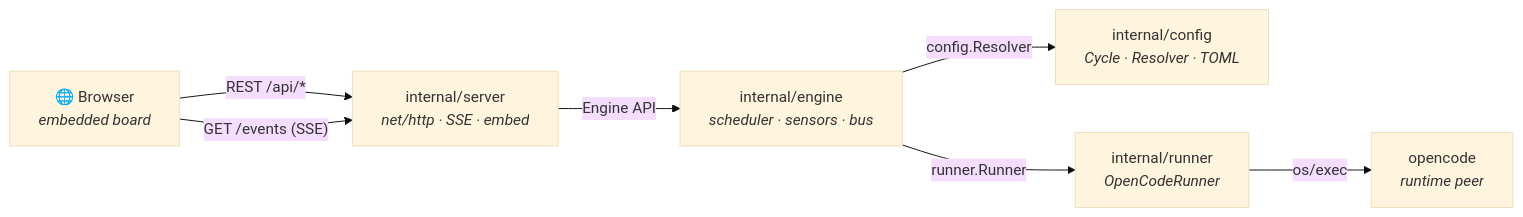
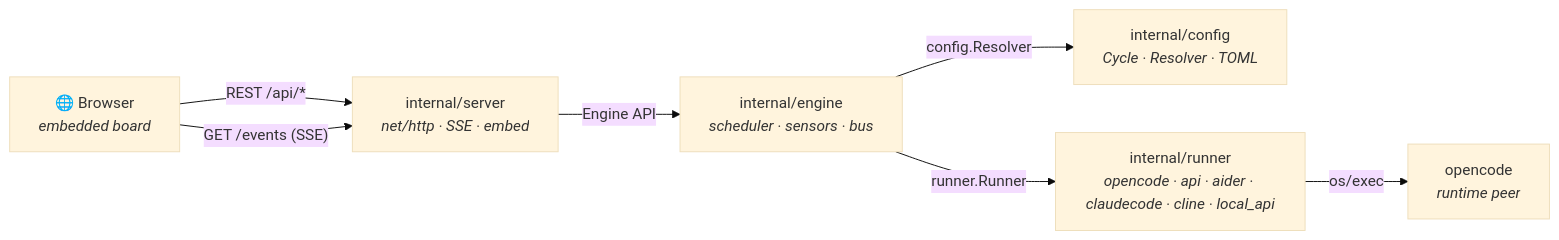
Before and after one commit to danieljustus/symaira-vibecoder: the diagram in README.md, drawn with Mermaid (base theme). The commit also changed other lines of this file, not shown here.

First line of the commit message:
docs: add runner backend and override documentation

````diff
--- a/README.md
+++ b/README.md
@@ -21,16 +21,16 @@
 ```mermaid
 graph LR
     Browser["🌐 Browser<br/><i>embedded board</i>"]
     Server["internal/server<br/><i>net/http · SSE · embed</i>"]
     Engine["internal/engine<br/><i>scheduler · sensors · bus</i>"]
     Config["internal/config<br/><i>Cycle · Resolver · TOML</i>"]
-    Runner["internal/runner<br/><i>OpenCodeRunner</i>"]
+    Runner["internal/runner<br/><i>opencode · api · aider · claudecode · cline · local_api</i>"]
     OpenCode["opencode<br/><i>runtime peer</i>"]
 
     Browser -- "REST /api/*" --> Server
     Browser -- "GET /events (SSE)" --> Server
     Server -- "Engine API" --> Engine
     Engine -- "config.Resolver" --> Config
     Engine -- "runner.Runner" --> Runner
     Runner -- "os/exec" --> OpenCode
 ```
````
